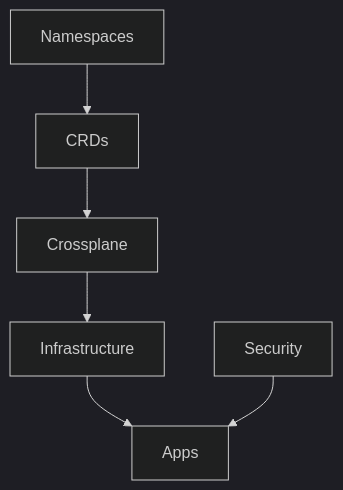
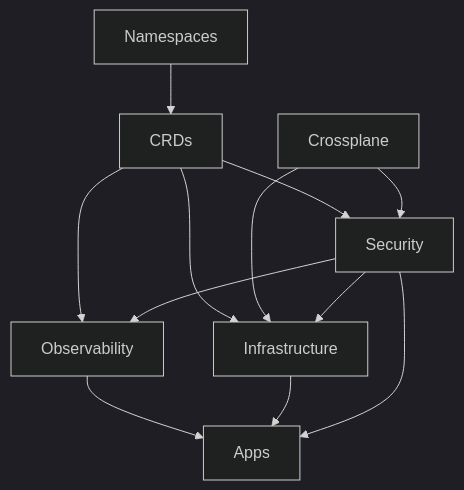
One commit to Smana/cloud-native-ref changed the diagram in README.md. Above: the diagram before and after it, drawn with Mermaid (dark theme). The commit also changed other lines of this file, not shown here.

Commit message:
Update README.md
Explain dependencies

````diff
--- a/README.md
+++ b/README.md
@@ -7,8 +7,14 @@
 ```mermaid
 graph TD;
     Namespaces-->CRDs;
-    CRDs-->Crossplane;
+    CRDs-->Observability;
+    CRDs-->Security;
+    CRDs-->Infrastructure;
     Crossplane-->Infrastructure;
+    Crossplane-->Security;
+    Observability-->Apps;
     Infrastructure-->Apps;
     Security-->Apps;
+    Security-->Observability;
+    Security-->Infrastructure
 ```
````
